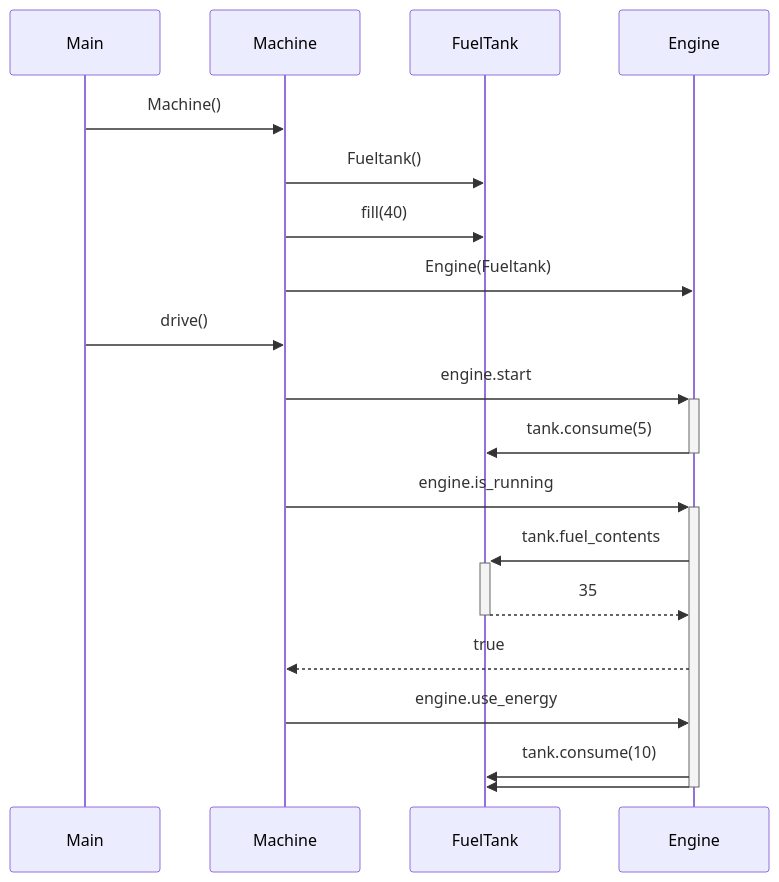
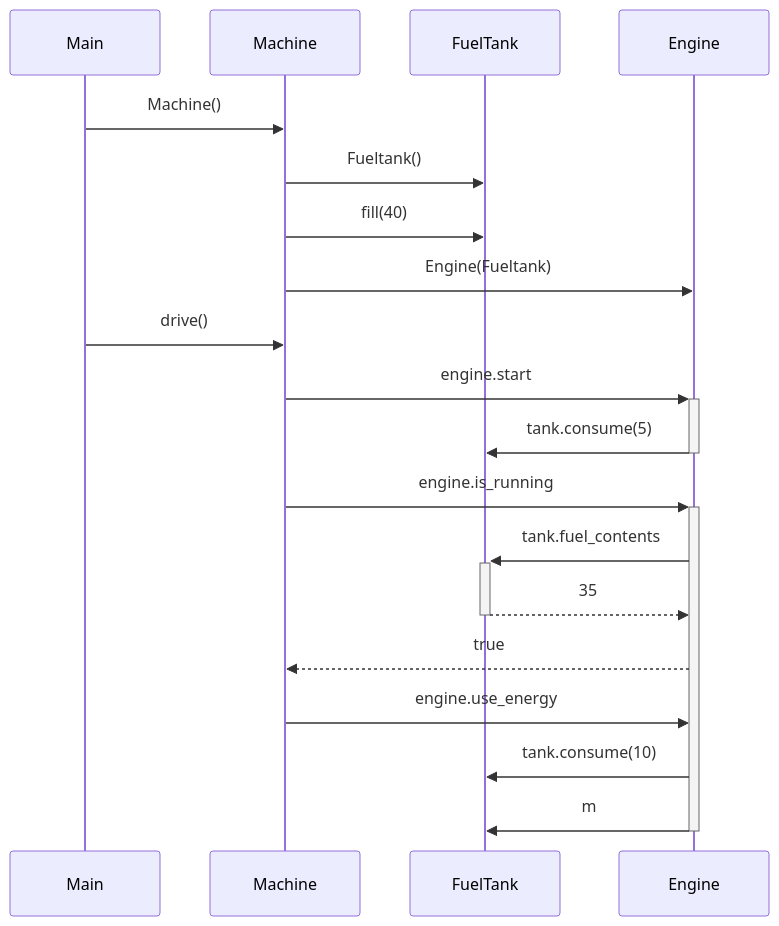
Before and after one commit to Nanotiike/ot-harjoitustyo: the diagram in laskarit/viikko3/machine.md, drawn with Mermaid.

````diff
--- a/laskarit/viikko3/machine.md
+++ b/laskarit/viikko3/machine.md
@@ -1,21 +1,21 @@
 ```mermaid
 sequenceDiagram
    participant X as Main
    participant M as Machine
    participant F as FuelTank
    participant E as Engine
    X ->> M: Machine()
    M ->> F: Fueltank()
    M ->> F: fill(40)
    M ->> E: Engine(Fueltank)
    X ->> M: drive()
    M ->>+ E: engine.start
    E ->>- F: tank.consume(5)
    M ->>+ E: engine.is_running
    E ->>+ F: tank.fuel_contents
    F -->>- E: 35
    E -->> M: true
    M ->> E: engine.use_energy
    E ->> F: tank.consume(10)
-   E ->>- F:
+   E ->>- F: m
 ```
````
